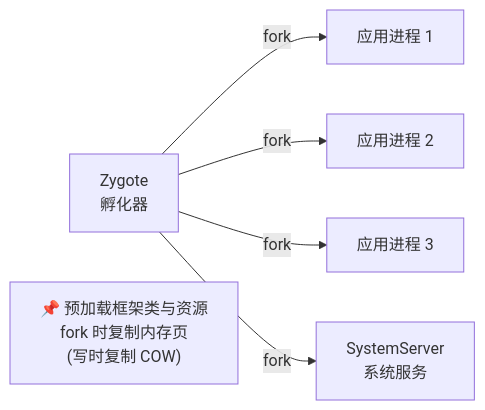
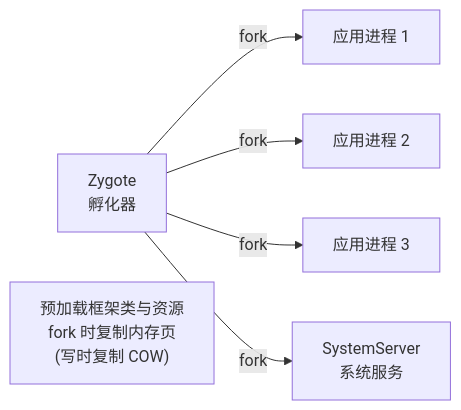
The first of 4 diagrams in src/system/boot/zygote-deep.md (galifans/wikiandroid), drawn with Mermaid before and after one commit. The commit also changed other lines of this file and 24 other files, not shown here.

First line of the commit message:
﻿feat(system): 为 system 板块图表与代码块补充讲解段落

````diff
--- a/src/system/boot/zygote-deep.md
+++ b/src/system/boot/zygote-deep.md
@@ -13,8 +15,8 @@
 ```mermaid
 flowchart LR
     A[Zygote<br>孵化器] -->|fork| B[应用进程 1]
     A -->|fork| C[应用进程 2]
     A -->|fork| D[应用进程 3]
     A -->|fork| E[SystemServer<br>系统服务]
-    N["📌 预加载框架类与资源<br>fork 时复制内存页<br>(写时复制 COW)"]
+    N["预加载框架类与资源<br>fork 时复制内存页<br>(写时复制 COW)"]
 ```
````
